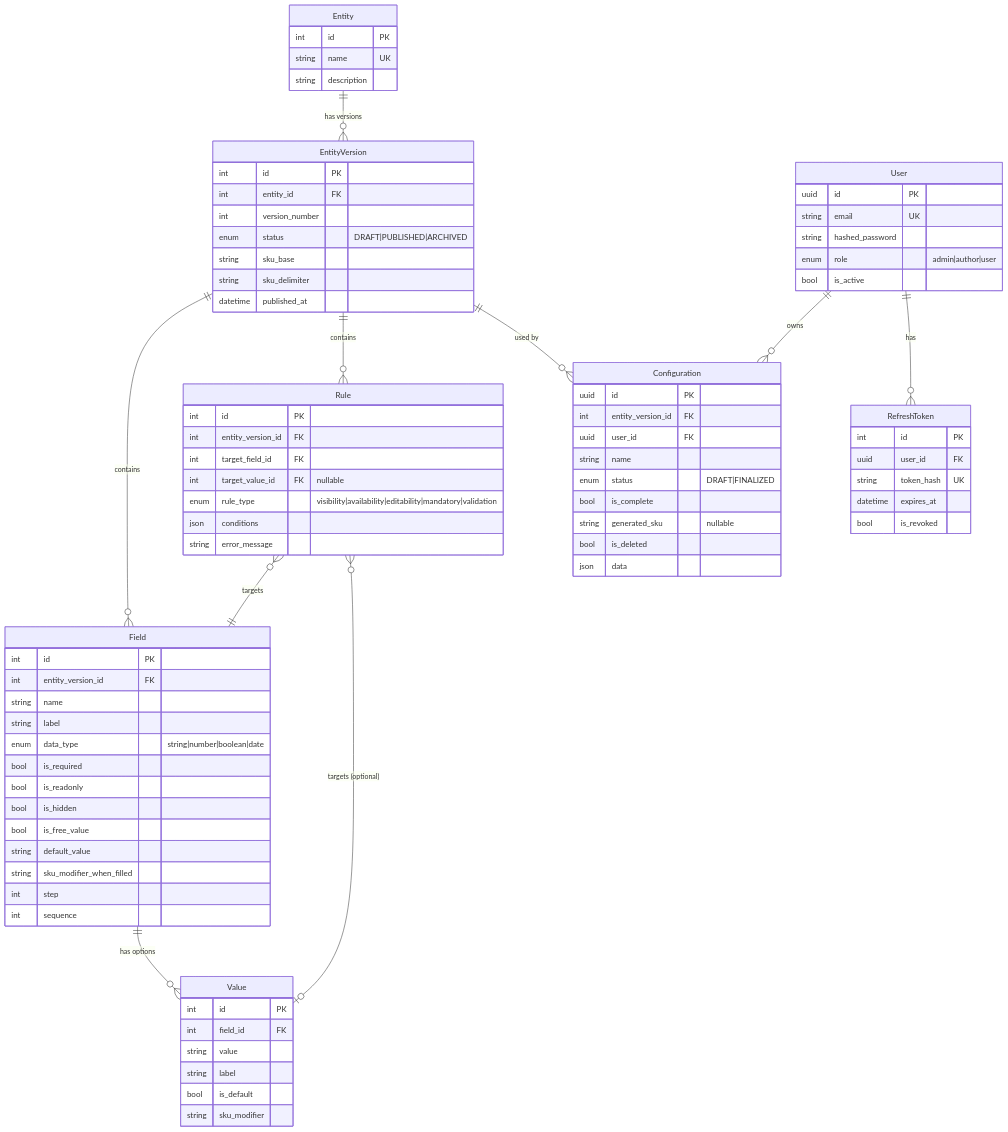
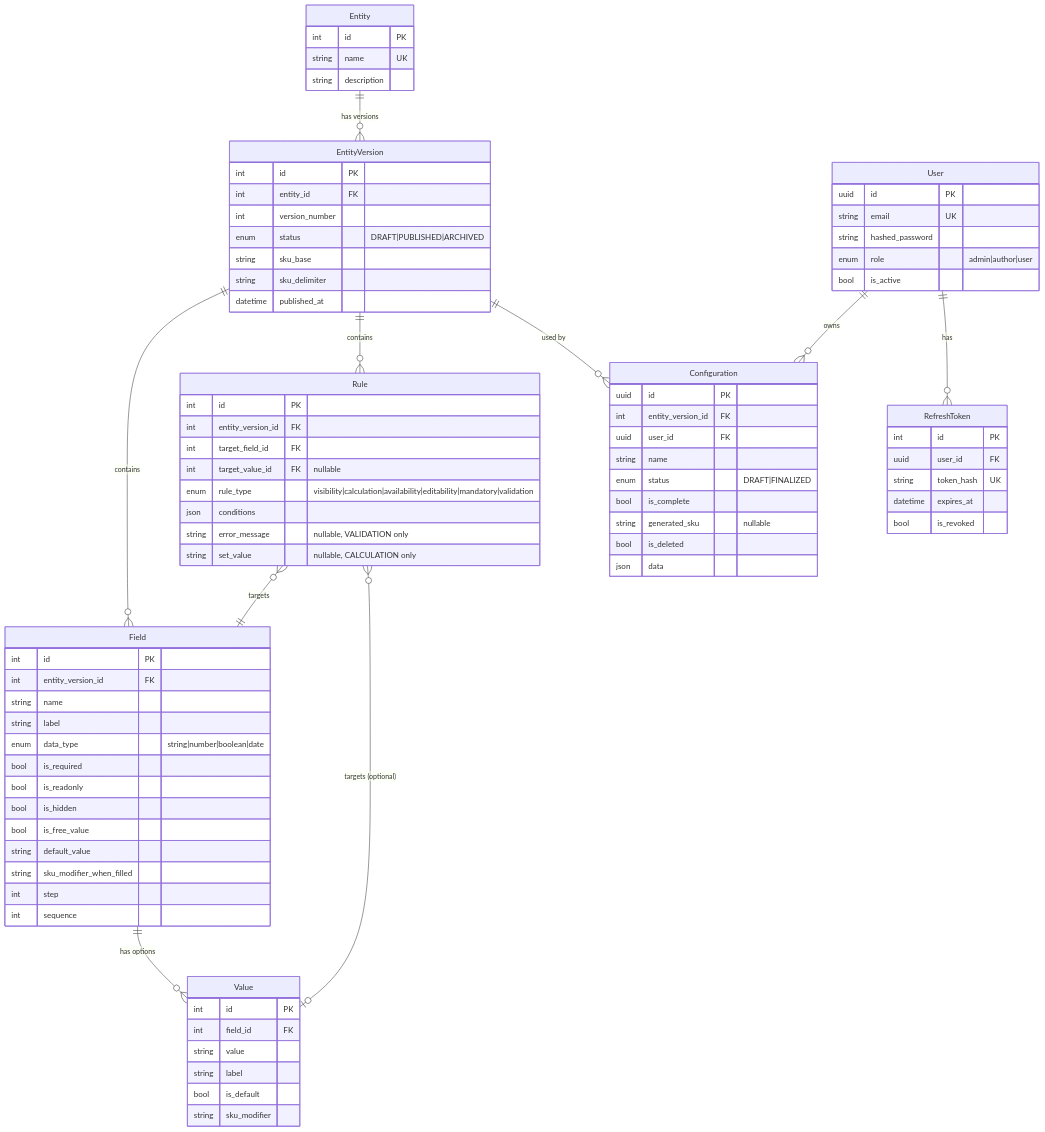
One commit to matteop3/rule_engine changed the first of 4 diagrams in README.md. Above: the diagram before and after it, drawn with Mermaid. The commit also changed other lines of this file and 22 other files, not shown here.

Commit message:
Add CALCULATION rule type for derived field values

```diff
--- a/README.md
+++ b/README.md
@@ -243,9 +244,10 @@
         int entity_version_id FK
         int target_field_id FK
         int target_value_id FK "nullable"
-        enum rule_type "visibility|availability|editability|mandatory|validation"
+        enum rule_type "visibility|calculation|availability|editability|mandatory|validation"
         json conditions
-        string error_message
+        string error_message "nullable, VALIDATION only"
+        string set_value "nullable, CALCULATION only"
     }
 
     Configuration {
```
